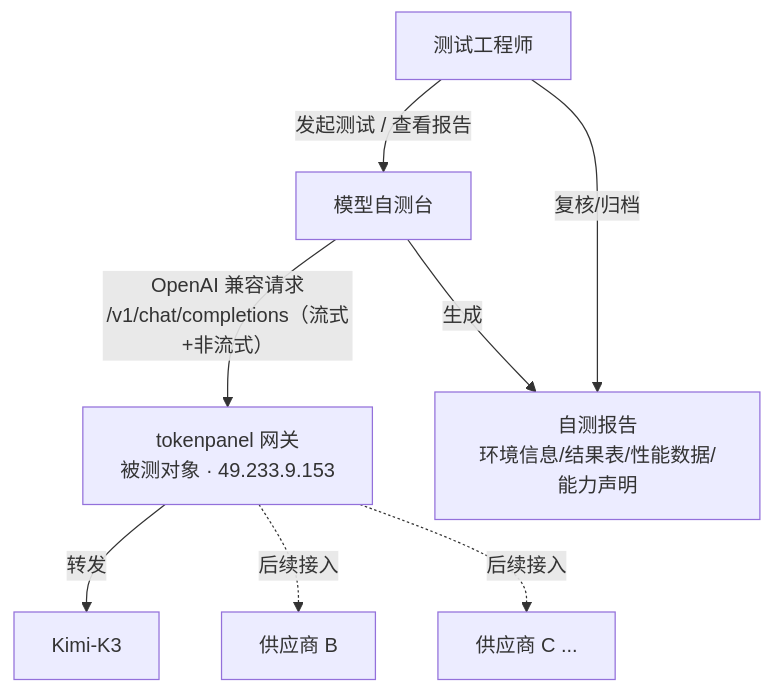
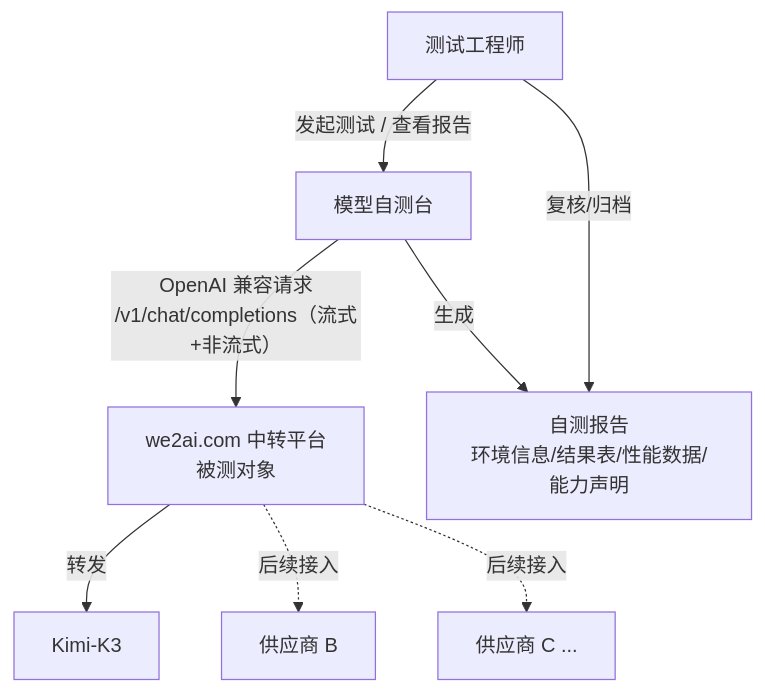
Before and after one commit to imleoo/ModelTesting: the first of 4 diagrams in docs/模型自测台设计方案.md, drawn with Mermaid. The commit also changed other lines of this file and 9 other files, not shown here.

First line of the commit message:
docs: 新增 Web 控制台使用章节与配图，回填 v0.6 验收口径

````diff
--- a/docs/模型自测台设计方案.md
+++ b/docs/模型自测台设计方案.md
@@ -41,10 +43,10 @@
 ```mermaid
 graph TB
   U["测试工程师"] -->|"发起测试 / 查看报告"| P["模型自测台"]
-  P -->|"OpenAI 兼容请求<br/>/v1/chat/completions（流式+非流式）"| G["tokenpanel 网关<br/>被测对象 · 49.233.9.153"]
+  P -->|"OpenAI 兼容请求<br/>/v1/chat/completions（流式+非流式）"| G["we2ai.com 中转平台<br/>被测对象"]
   G -->|转发| K["Kimi-K3"]
   G -.->|后续接入| O1["供应商 B"]
   G -.->|后续接入| O2["供应商 C ..."]
   P -->|生成| R["自测报告<br/>环境信息/结果表/性能数据/能力声明"]
   U -->|复核/归档| R
 ```
````
